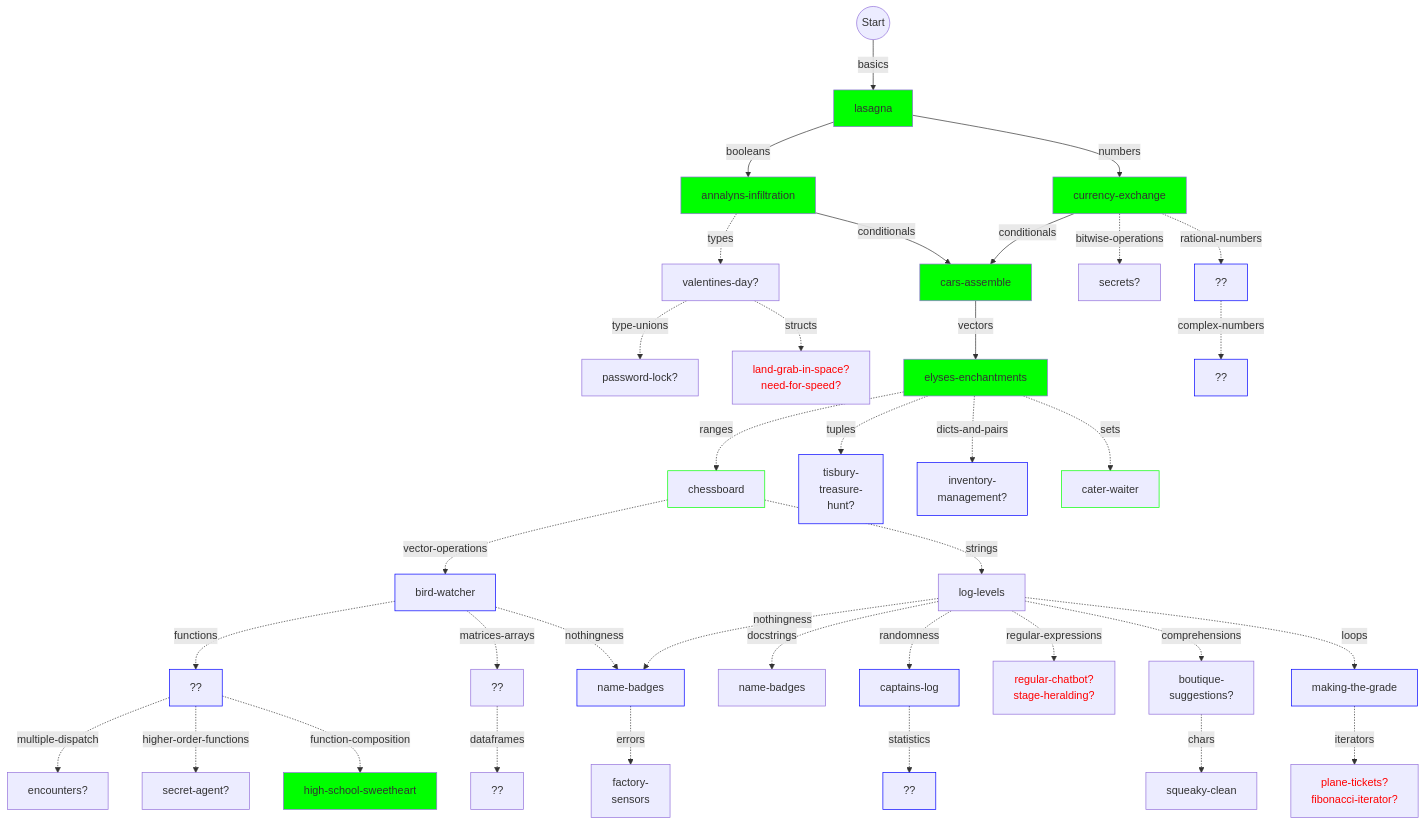
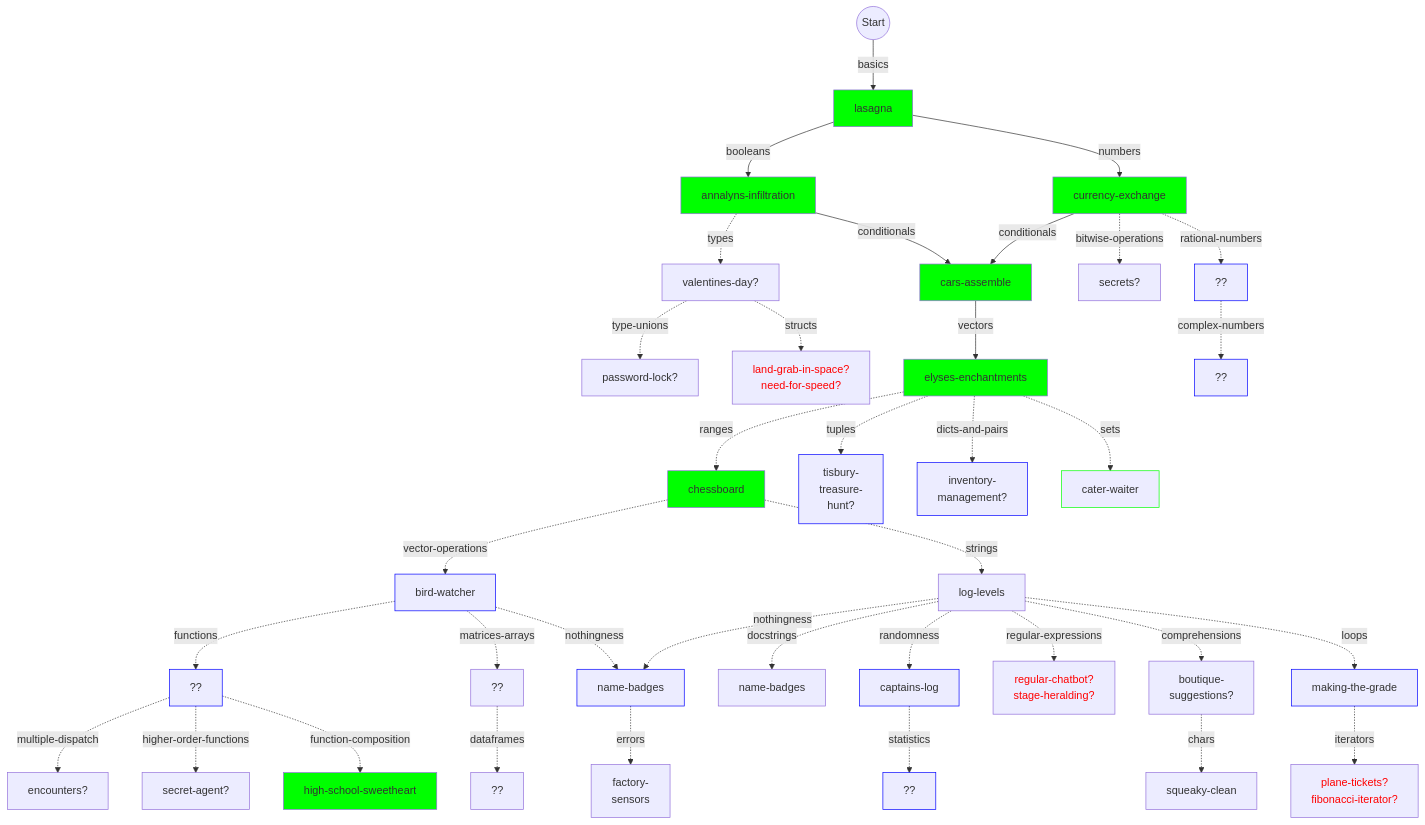
Before and after one commit to colinleach/learning-track-doodles: the diagram in julia/flowchart.md, drawn with Mermaid.

Commit message:
another merge

```diff
--- a/julia/flowchart.md
+++ b/julia/flowchart.md
@@ -51,7 +51,7 @@
 style vector-operations stroke:#00f
 
 vectors -.ranges.-> ranges["chessboard"]
-style ranges stroke:#0f0
+style ranges fill:#0f0
 
 strings -.comprehensions.-> comprehensions["boutique-<br/>suggestions?"]
 %% style comprehensions stroke:#0f0
```
